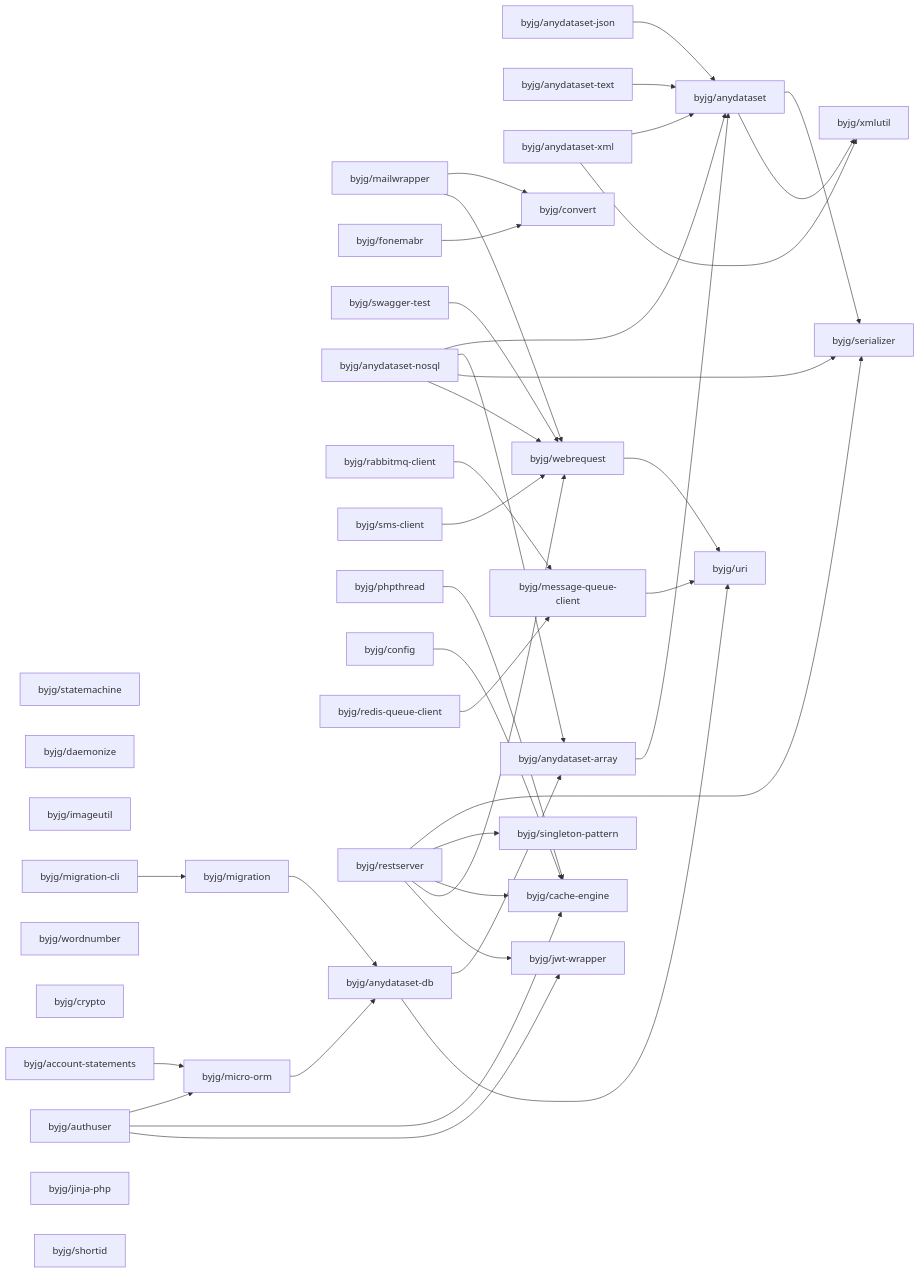
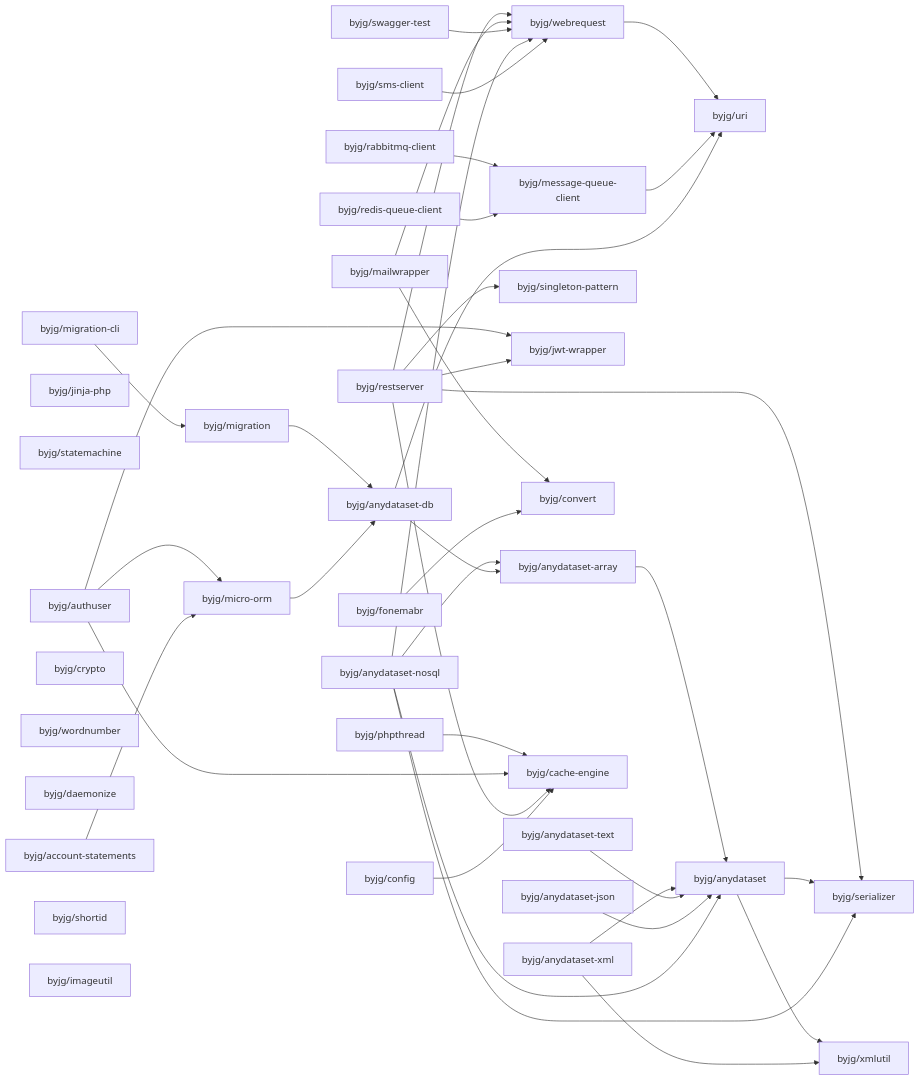
One commit to byjg/byjg.github.io changed the diagram in docs/php/README.md. Above: the diagram before and after it, drawn with Mermaid. The commit also changed other lines of this file, not shown here.

Commit message:
Update documentation 'php' 'php-anydataset-json'

````diff
--- a/docs/php/README.md
+++ b/docs/php/README.md
@@ -3,76 +3,76 @@
 ```mermaid
 graph LR;
+  byjg/anydataset-text;
+  byjg/account-statements;
+  byjg/anydataset-json;
+  byjg/phpthread;
+  byjg/jinja-php;
   byjg/statemachine;
+  byjg/authuser;
+  byjg/swagger-test;
+  byjg/rabbitmq-client;
+  byjg/sms-client;
+  byjg/restserver;
+  byjg/redis-queue-client;
+  byjg/crypto;
+  byjg/wordnumber;
+  byjg/mailwrapper;
   byjg/daemonize;
-  byjg/anydataset-json;
-  byjg/mailwrapper;
+  byjg/fonemabr;
+  byjg/migration-cli;
+  byjg/shortid;
+  byjg/anydataset-nosql;
+  byjg/config;
+  byjg/anydataset-xml;
   byjg/imageutil;
-  byjg/fonemabr;
-  byjg/authuser;
-  byjg/wordnumber;
-  byjg/anydataset-text;
-  byjg/crypto;
-  byjg/swagger-test;
-  byjg/anydataset-nosql;
-  byjg/rabbitmq-client;
-  byjg/account-statements;
-  byjg/migration-cli;
-  byjg/sms-client;
-  byjg/phpthread;
-  byjg/anydataset-xml;
-  byjg/config;
-  byjg/redis-queue-client;
-  byjg/jinja-php;
-  byjg/shortid;
-  byjg/restserver;
+  byjg/micro-orm;
+  byjg/singleton-pattern;
+  byjg/jwt-wrapper;
+  byjg/message-queue-client;
   byjg/convert;
-  byjg/micro-orm;
   byjg/migration;
-  byjg/message-queue-client;
-  byjg/singleton-pattern;
+  byjg/webrequest;
   byjg/cache-engine;
-  byjg/webrequest;
-  byjg/jwt-wrapper;
   byjg/anydataset-db;
   byjg/anydataset-array;
   byjg/uri;
   byjg/anydataset;
   byjg/serializer;
   byjg/xmlutil;
   byjg/phpthread --> byjg/cache-engine;
   byjg/authuser --> byjg/micro-orm;
   byjg/authuser --> byjg/cache-engine;
   byjg/authuser --> byjg/jwt-wrapper;
   byjg/anydataset-array --> byjg/anydataset;
   byjg/restserver --> byjg/serializer;
   byjg/restserver --> byjg/singleton-pattern;
   byjg/restserver --> byjg/cache-engine;
   byjg/restserver --> byjg/webrequest;
   byjg/restserver --> byjg/jwt-wrapper;
   byjg/mailwrapper --> byjg/convert;
   byjg/mailwrapper --> byjg/webrequest;
   byjg/swagger-test --> byjg/webrequest;
   byjg/migration --> byjg/anydataset-db;
   byjg/account-statements --> byjg/micro-orm;
   byjg/anydataset --> byjg/serializer;
   byjg/anydataset --> byjg/xmlutil;
   byjg/fonemabr --> byjg/convert;
   byjg/anydataset-xml --> byjg/anydataset;
   byjg/anydataset-xml --> byjg/xmlutil;
   byjg/webrequest --> byjg/uri;
   byjg/config --> byjg/cache-engine;
   byjg/migration-cli --> byjg/migration;
   byjg/anydataset-text --> byjg/anydataset;
   byjg/micro-orm --> byjg/anydataset-db;
   byjg/message-queue-client --> byjg/uri;
   byjg/anydataset-json --> byjg/anydataset;
   byjg/anydataset-nosql --> byjg/anydataset;
   byjg/anydataset-nosql --> byjg/anydataset-array;
   byjg/anydataset-nosql --> byjg/serializer;
   byjg/anydataset-nosql --> byjg/webrequest;
   byjg/anydataset-db --> byjg/anydataset-array;
   byjg/anydataset-db --> byjg/uri;
   byjg/rabbitmq-client --> byjg/message-queue-client;
   byjg/redis-queue-client --> byjg/message-queue-client;
   byjg/sms-client --> byjg/webrequest;
 ```
````
